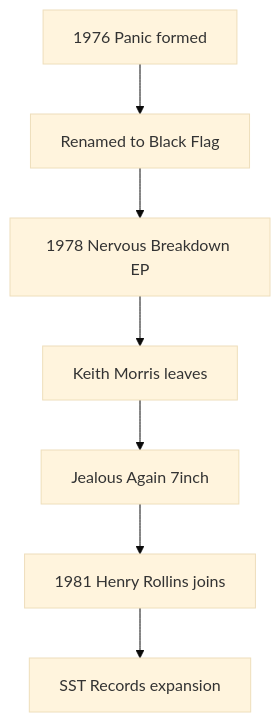
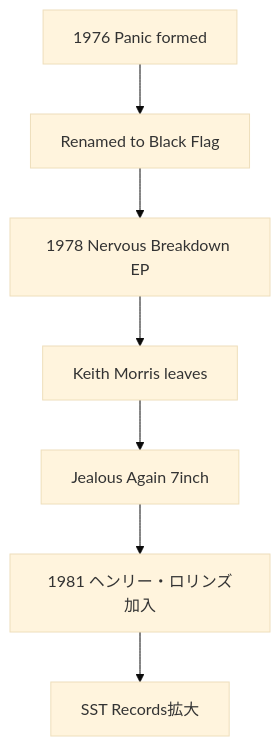
The diagram in en/_posts/2026-01-12-column-black-flag.md (monumental-movement/monumental-movement.github.io), drawn with Mermaid (base theme) before and after one commit. The commit also changed other lines of this file and 2196 other files, not shown here.

```diff
--- a/en/_posts/2026-01-12-column-black-flag.md
+++ b/en/_posts/2026-01-12-column-black-flag.md
@@ -142,9 +142,9 @@
 <div class="mermaid">
 flowchart TD
     A[1976 Panic formed] --> B[Renamed to Black Flag]
     B --> C[1978 Nervous Breakdown EP]
     C --> D[Keith Morris leaves]
     D --> E[Jealous Again 7inch]
-    E --> F[1981 Henry Rollins joins]
-    F --> G[SST Records expansion]
+    E --> F[1981 ヘンリー・ロリンズ加入]
+    F --> G[SST Records拡大]
 </div>
```
